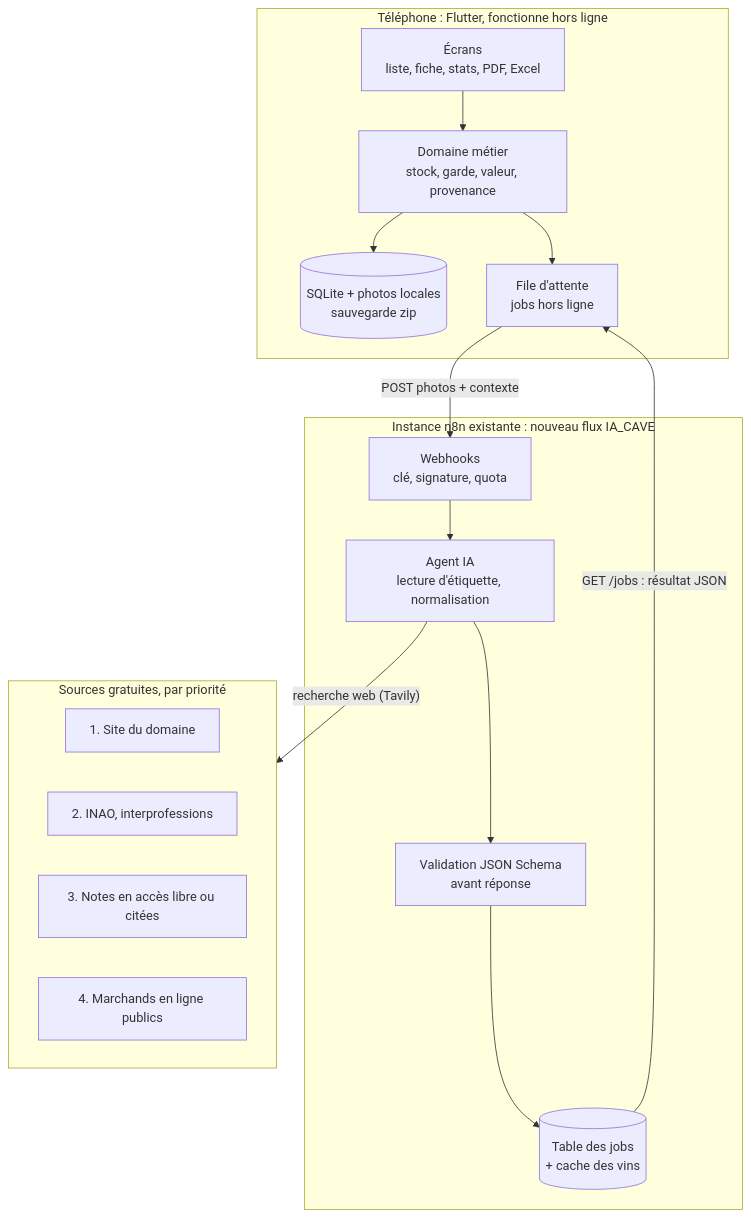
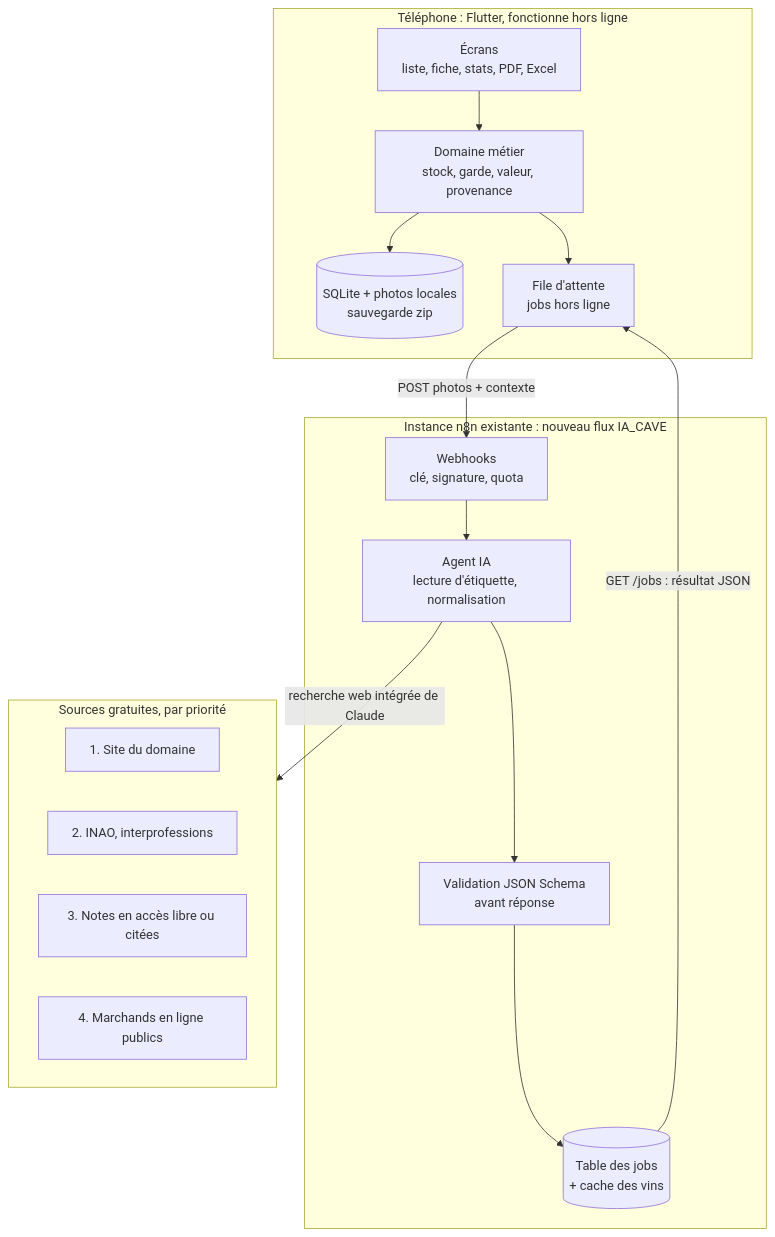
One commit to apexusbertrand/Iacaveavin changed the first of 3 diagrams in docs/02-architecture.md. Above: the diagram before and after it, drawn with Mermaid. The commit also changed 31 other files, not shown here.

First line of the commit message:
T85 AJO-13 : recherche web intégrée de Claude, cadre de l'étiquette (contrat 1.1)

````diff
--- a/docs/02-architecture.md
+++ b/docs/02-architecture.md
@@ -7,27 +7,27 @@
 ```mermaid
 flowchart TB
   subgraph TEL["Téléphone : Flutter, fonctionne hors ligne"]
     UI["Écrans<br/>liste, fiche, stats, PDF, Excel"]
     DOM["Domaine métier<br/>stock, garde, valeur, provenance"]
     DB[("SQLite + photos locales<br/>sauvegarde zip")]
     Q["File d'attente<br/>jobs hors ligne"]
     UI --> DOM --> DB
     DOM --> Q
   end
   subgraph N8N["Instance n8n existante : nouveau flux IA_CAVE"]
     WH["Webhooks<br/>clé, signature, quota"]
     AG["Agent IA<br/>lecture d'étiquette, normalisation"]
     VAL["Validation JSON Schema<br/>avant réponse"]
     JOBS[("Table des jobs<br/>+ cache des vins")]
     WH --> AG --> VAL --> JOBS
   end
   subgraph SRC["Sources gratuites, par priorité"]
     S1["1. Site du domaine"]
     S2["2. INAO, interprofessions"]
     S3["3. Notes en accès libre ou citées"]
     S4["4. Marchands en ligne publics"]
   end
   Q -- "POST photos + contexte" --> WH
   JOBS -- "GET /jobs : résultat JSON" --> Q
-  AG -- "recherche web (Tavily)" --> SRC
+  AG -- "recherche web intégrée de Claude" --> SRC
 ```
````
